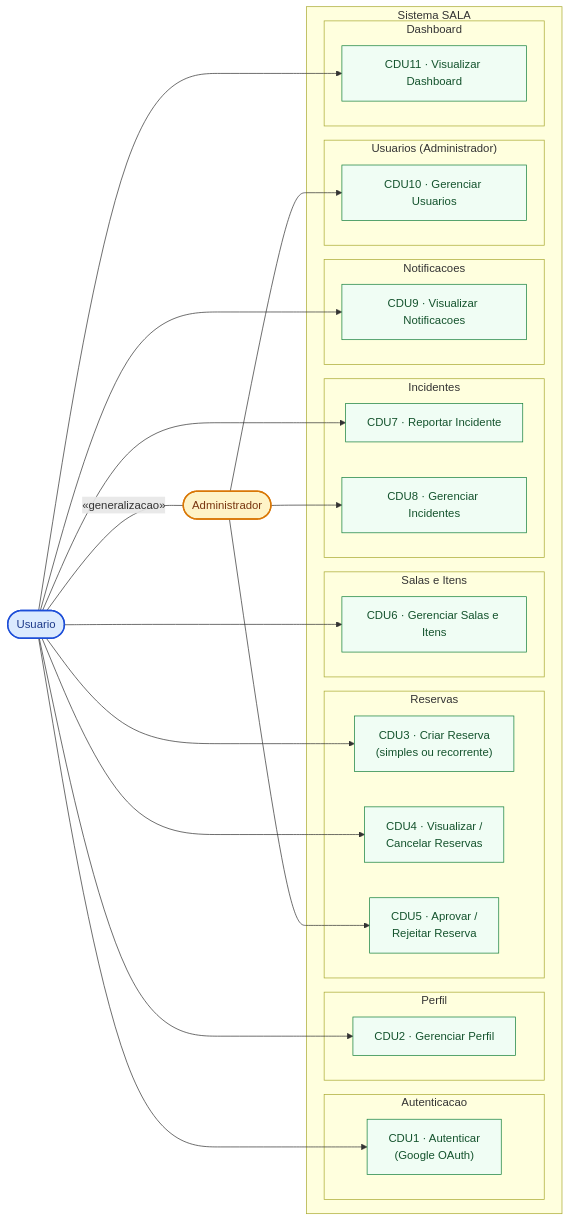
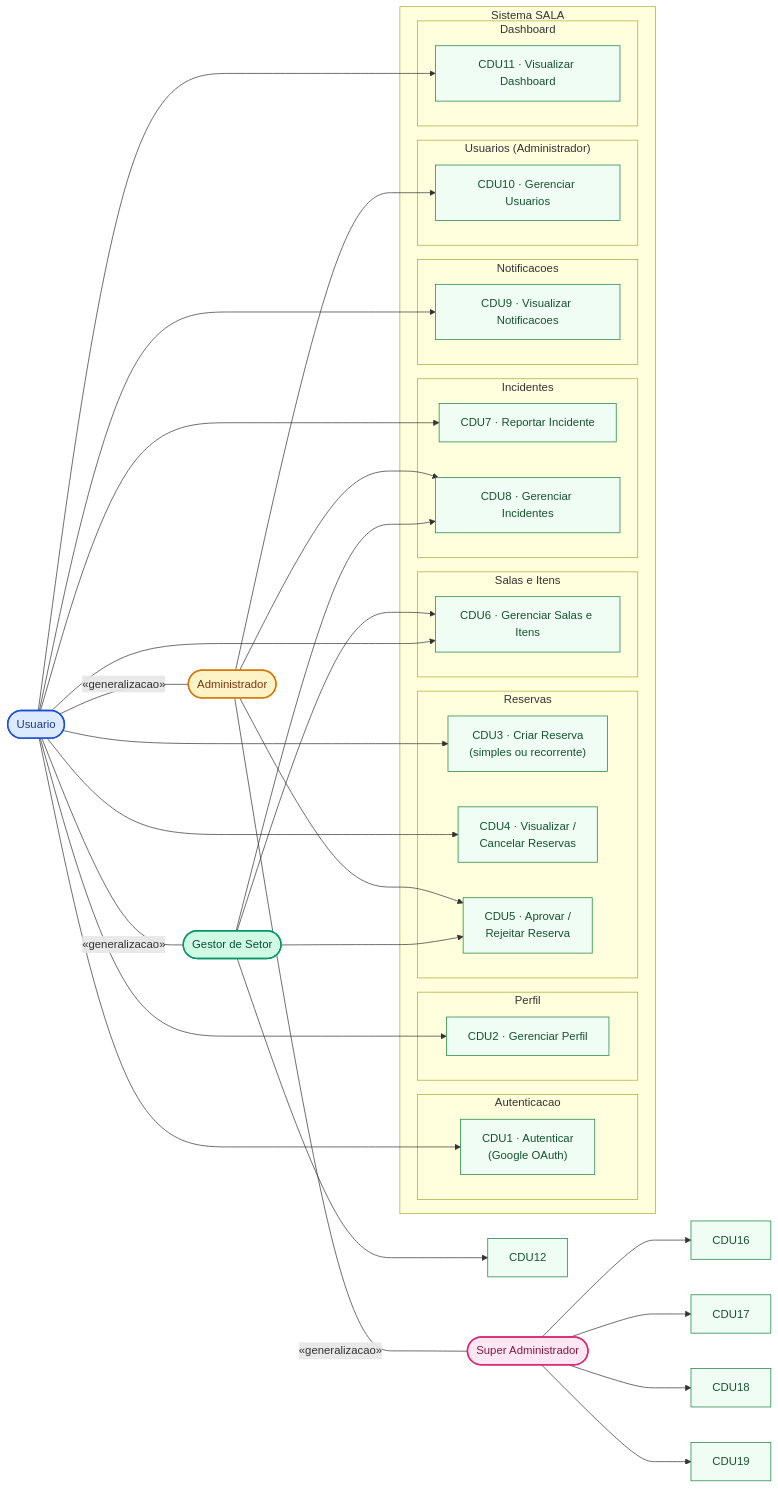
One commit to oCaioAug/SALA changed the diagram in docs/Diagrama-Casos-de-Uso-Web.md. Above: the diagram before and after it, drawn with Mermaid. The commit also changed other lines of this file and 6 other files, not shown here.

````diff
--- a/docs/Diagrama-Casos-de-Uso-Web.md
+++ b/docs/Diagrama-Casos-de-Uso-Web.md
@@ -5,9 +5,13 @@
     %% -- Atores --
     User(["Usuario"])
     Admin(["Administrador"])
+    SuperAdmin(["Super Administrador"])
+    Gestor(["Gestor de Setor"])
 
     %% Generalizacao: Administrador e um Usuario
     User ---|"«generalizacao»"| Admin
+    Admin ---|"«generalizacao»"| SuperAdmin
+    User ---|"«generalizacao»"| Gestor
 
     %% -- Casos de Uso --
     subgraph sistema_sala ["Sistema SALA"]
@@ -58,17 +62,36 @@
     User --> CDU9
     User --> CDU11
 
+
+    %% -- Relacionamentos - Gestor (escopo de setor) --
+    Gestor --> CDU5
+    Gestor --> CDU6
+    Gestor --> CDU8
+    Gestor --> CDU12
     %% -- Relacionamentos - Administrador (exclusivos) --
     Admin --> CDU5
     Admin --> CDU8
     Admin --> CDU10
 
+    %% -- Relacionamentos - Super Administrador --
+    SuperAdmin --> CDU16
+    SuperAdmin --> CDU17
+    SuperAdmin --> CDU18
+    SuperAdmin --> CDU19
+
     %% -- Estilos --
     classDef actorClass fill:#dbeafe,stroke:#1d4ed8,stroke-width:2px,color:#1e3a8a
     classDef adminClass fill:#fef3c7,stroke:#d97706,stroke-width:2px,color:#78350f
+    classDef superAdminClass fill:#fce7f3,stroke:#db2777,stroke-width:2px,color:#831843
+    classDef gestorClass fill:#d1fae5,stroke:#059669,stroke-width:2px,color:#064e3b
     classDef ucClass fill:#f0fdf4,stroke:#15803d,stroke-width:1px,color:#14532d
 
     class User actorClass
     class Admin adminClass
-    class CDU1,CDU2,CDU3,CDU4,CDU5,CDU6,CDU7,CDU8,CDU9,CDU10,CDU11 ucClass
+    class SuperAdmin superAdminClass
+    class Gestor gestorClass
+    class CDU1,CDU2,CDU3,CDU4,CDU5,CDU6,CDU7,CDU8,CDU9,CDU10,CDU11,CDU12,CDU13,CDU14,CDU15,CDU16,CDU17,CDU18,CDU19 ucClass
+
+    classDef extSystem fill:#fce7f3,stroke:#db2777,stroke-width:2px,color:#831843
+    class GoogleOAuth,GoogleCalendar extSystem
 ```
````
